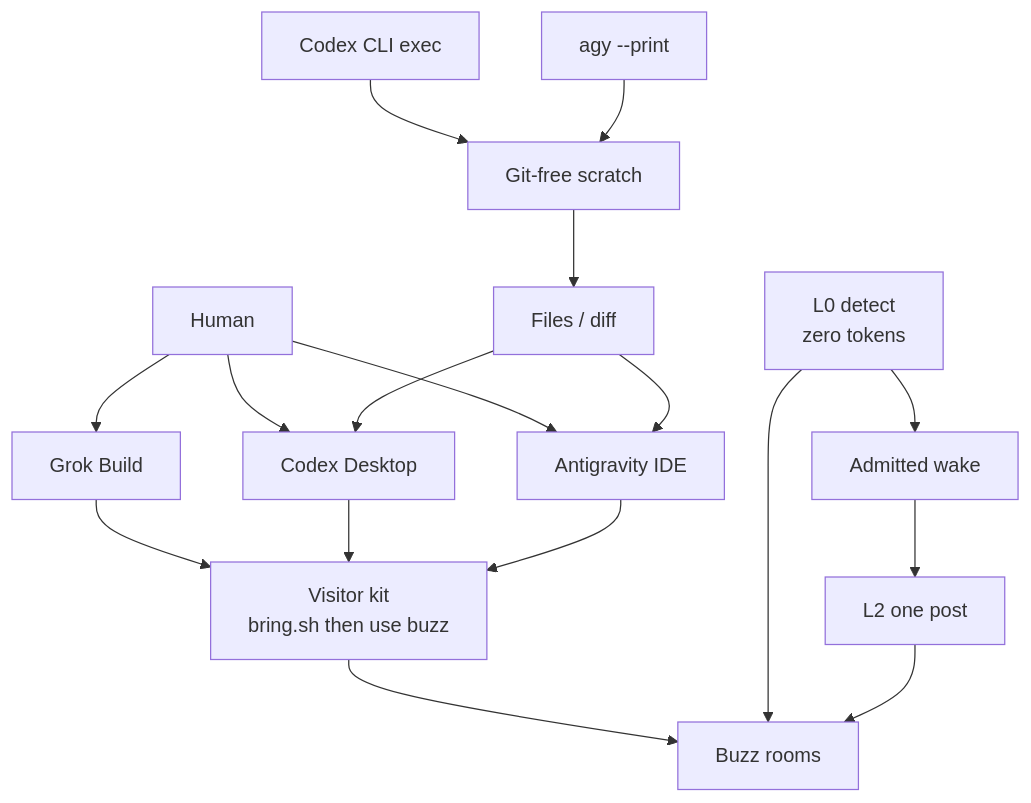
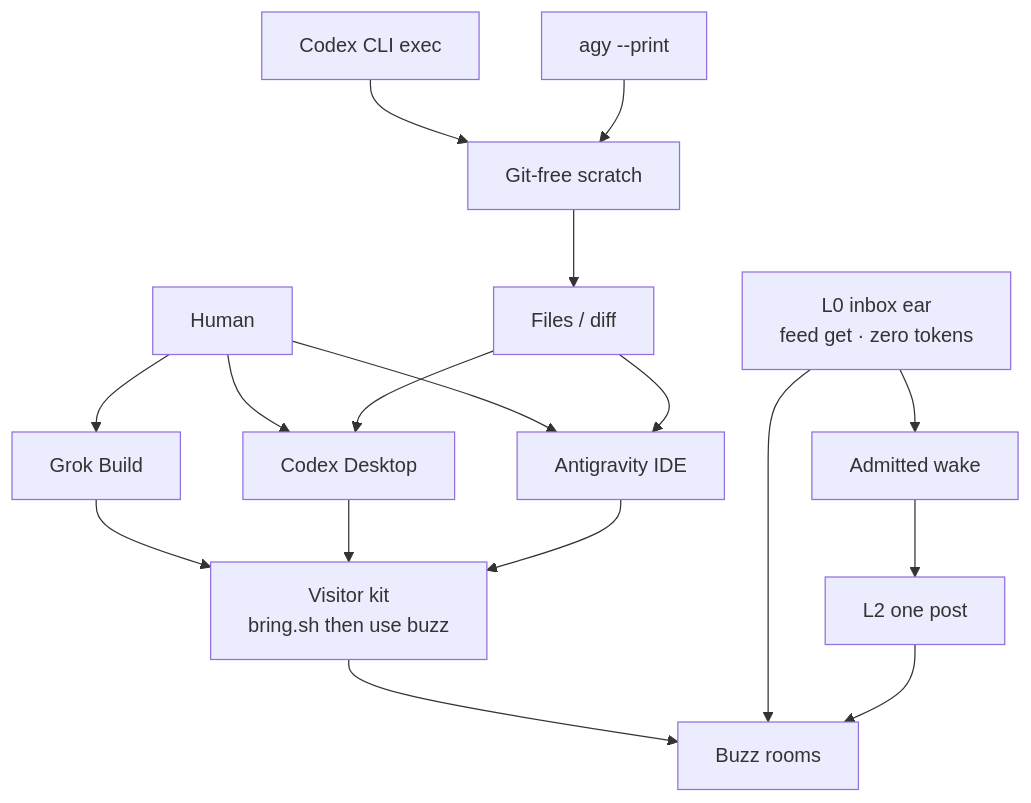
One commit to Trevongit/buzz changed the diagram in docs/pathways.md. Above: the diagram before and after it, drawn with Mermaid. The commit also changed 8 other files, not shown here.

First line of the commit message:
feat(visitor): inbox ear via buzz feed for every vendor seat

````diff
--- a/docs/pathways.md
+++ b/docs/pathways.md
@@ -14,19 +14,19 @@
 ```mermaid
 flowchart TB
     H[Human] --> G[Grok Build]
     H --> CD[Codex Desktop]
     H --> AI[Antigravity IDE]
     G --> K[Visitor kit<br/>bring.sh then use buzz]
     CD --> K
     AI --> K
     CC[Codex CLI exec] --> S[Git-free scratch]
     AC[agy --print] --> S
     S --> F[Files / diff]
     F --> CD
     F --> AI
     K --> B[Buzz rooms]
-    L0[L0 detect<br/>zero tokens] --> B
+    L0[L0 inbox ear<br/>feed get · zero tokens] --> B
     L0 --> Q[Admitted wake]
     Q --> L2[L2 one post]
     L2 --> B
 ```
````
